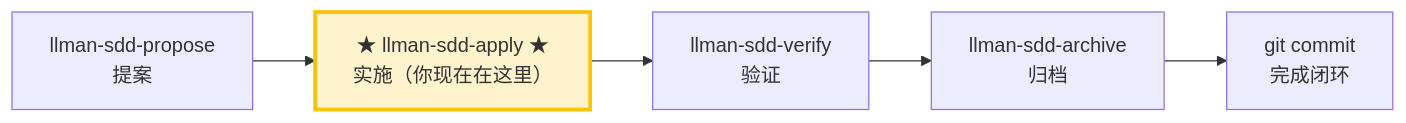
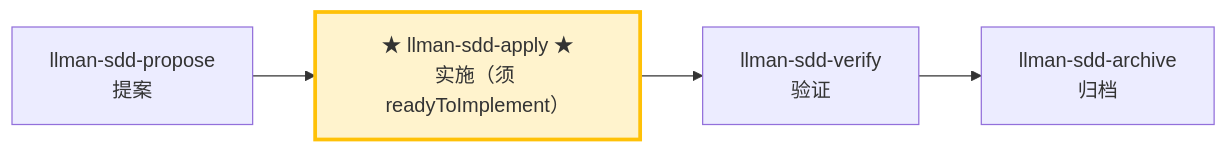
The diagram in .agents/skills/llman-sdd-apply/SKILL.md (StrayDragon/xylitol), drawn with Mermaid before and after one commit. The commit also changed other lines of this file and 16 other files, not shown here.

Commit message:
agentdev: update llman sdd skills

````diff
--- a/.agents/skills/llman-sdd-apply/SKILL.md
+++ b/.agents/skills/llman-sdd-apply/SKILL.md
@@ -19,10 +30,9 @@
 ```mermaid
 flowchart LR
     propose["llman-sdd-propose<br/>提案"] --> apply
-    apply["★ llman-sdd-apply ★<br/>实施（你现在在这里）"]
+    apply["★ llman-sdd-apply ★<br/>实施（须 readyToImplement）"]
     apply --> verify["llman-sdd-verify<br/>验证"]
     verify --> archive["llman-sdd-archive<br/>归档"]
-    archive --> commit["git commit<br/>完成闭环"]
 
     style apply fill:#fff3cd,stroke:#ffc107,stroke-width:3px
 ```
````
